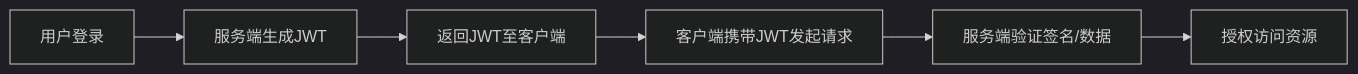
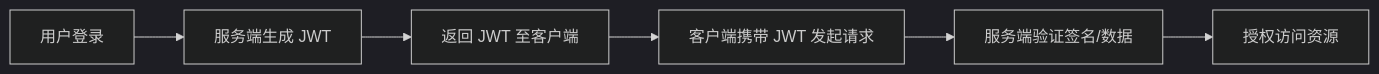
The second of 2 diagrams in 000 - 基础架构/API/JWT.md (huxins/note), drawn with Mermaid (dark theme) before and after one commit. The commit also changed other lines of this file, not shown here.

````diff
--- a/000 - 基础架构/API/JWT.md
+++ b/000 - 基础架构/API/JWT.md
@@ -31,8 +36,8 @@
 ```mermaid
 graph LR
-A[用户登录] --> B[服务端生成JWT]
-B --> C[返回JWT至客户端]
-C --> D[客户端携带JWT发起请求]
+A[用户登录] --> B[服务端生成 JWT]
+B --> C[返回 JWT 至客户端]
+C --> D[客户端携带 JWT 发起请求]
 D --> E[服务端验证签名/数据]
 E --> F[授权访问资源]
 ```
````
